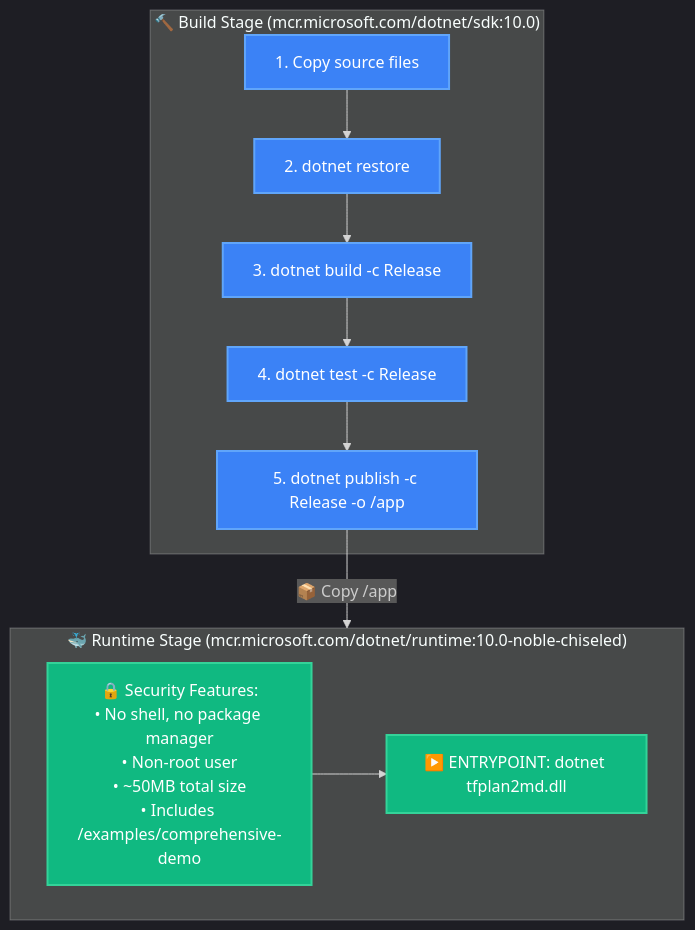
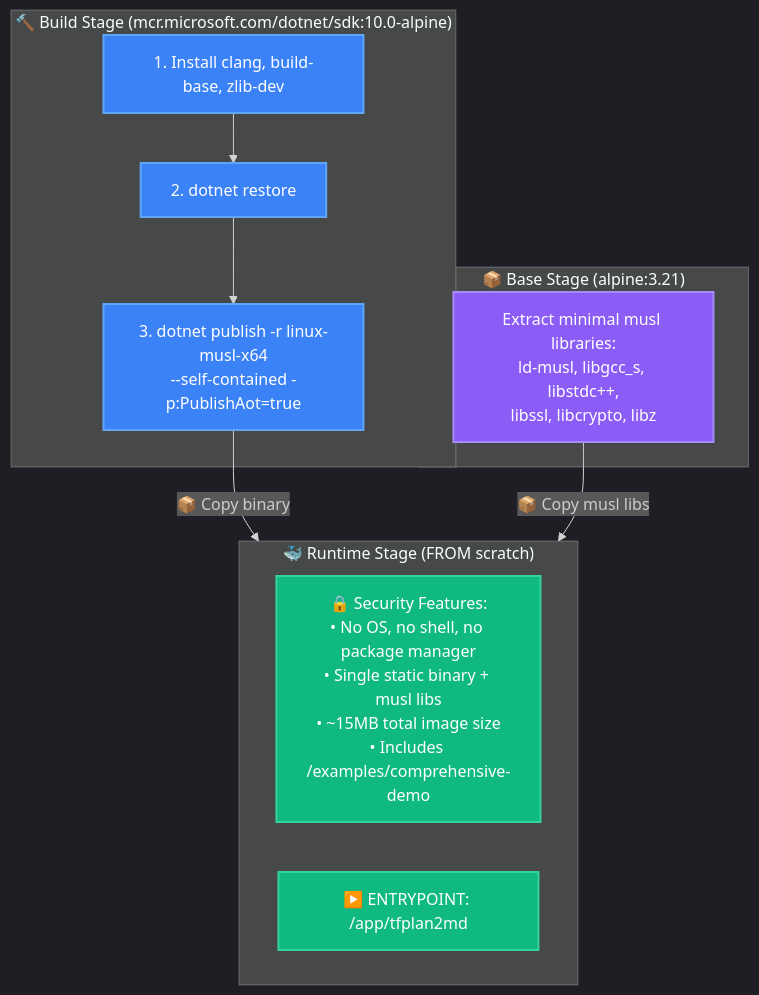
Before and after one commit to Wolfsrudel/iac-hc-terraform-tfplan2md: diagram 13 of 18 in docs/architecture.md, drawn with Mermaid. The commit also changed other lines of this file, not shown here.

Commit message:
docs: comprehensive update to architecture.md reflecting current implementation

````diff
--- a/docs/architecture.md
+++ b/docs/architecture.md
@@ -825,28 +1099,31 @@
 ```mermaid
 %%{init: {'theme':'dark', 'themeVariables': { 'fontSize':'16px', 'fontFamily':'ui-sans-serif, system-ui, sans-serif'}}}%%
 flowchart TD
     classDef buildNode fill:#3b82f6,stroke:#60a5fa,stroke-width:2px,color:#ffffff
+    classDef baseNode fill:#8b5cf6,stroke:#a78bfa,stroke-width:2px,color:#ffffff
     classDef runtimeNode fill:#10b981,stroke:#34d399,stroke-width:2px,color:#ffffff
     
-    subgraph Build["🔨 Build Stage (mcr.microsoft.com/dotnet/sdk:10.0)"]
-        B1[1. Copy source files]
+    subgraph Build["🔨 Build Stage (mcr.microsoft.com/dotnet/sdk:10.0-alpine)"]
+        B1[1. Install clang, build-base, zlib-dev]
         B2[2. dotnet restore]
-        B3[3. dotnet build -c Release]
-        B4[4. dotnet test -c Release]
-        B5[5. dotnet publish -c Release -o /app]
+        B3[3. dotnet publish -r linux-musl-x64<br/>--self-contained -p:PublishAot=true]
         
-        B1 --> B2 --> B3 --> B4 --> B5
+        B1 --> B2 --> B3
     end
     
-    subgraph Runtime["🐳 Runtime Stage (mcr.microsoft.com/dotnet/runtime:10.0-noble-chiseled)"]
-        R1[🔒 Security Features:<br/>• No shell, no package manager<br/>• Non-root user<br/>• ~50MB total size<br/>• Includes /examples/comprehensive-demo]
-        R2[▶️ ENTRYPOINT: dotnet tfplan2md.dll]
-        
-        R1 --> R2
+    subgraph Base["📦 Base Stage (alpine:3.21)"]
+        BA1[Extract minimal musl libraries:<br/>ld-musl, libgcc_s, libstdc++,<br/>libssl, libcrypto, libz]
     end
     
-    B5 -->|📦 Copy /app| Runtime
+    subgraph Runtime["🐳 Runtime Stage (FROM scratch)"]
+        R1[🔒 Security Features:<br/>• No OS, no shell, no package manager<br/>• Single static binary + musl libs<br/>• ~15MB total image size<br/>• Includes /examples/comprehensive-demo]
+        R2[▶️ ENTRYPOINT: /app/tfplan2md]
+    end
     
-    class B1,B2,B3,B4,B5 buildNode
+    B3 -->|📦 Copy binary| Runtime
+    BA1 -->|📦 Copy musl libs| Runtime
+    
+    class B1,B2,B3 buildNode
+    class BA1 baseNode
     class R1,R2 runtimeNode
 ```
````
